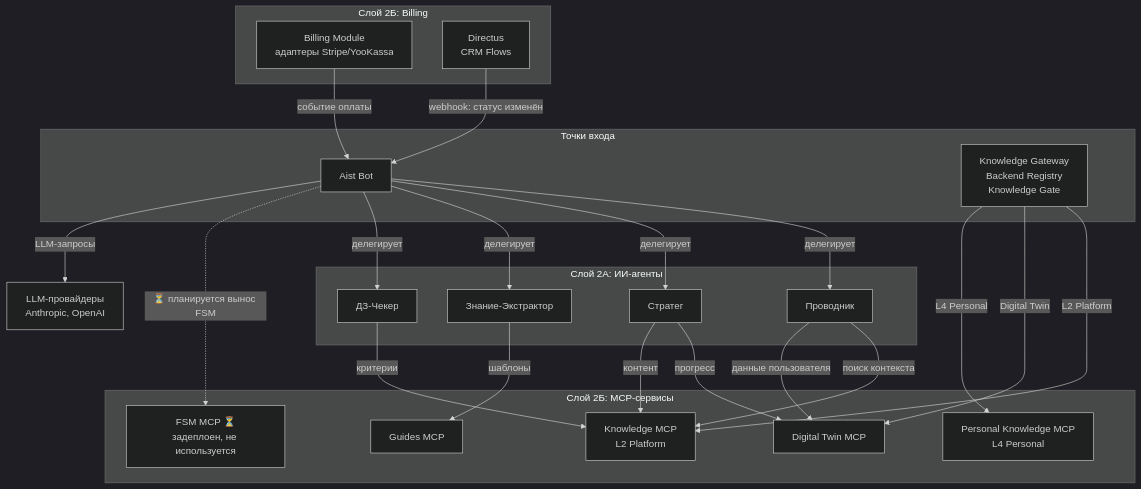
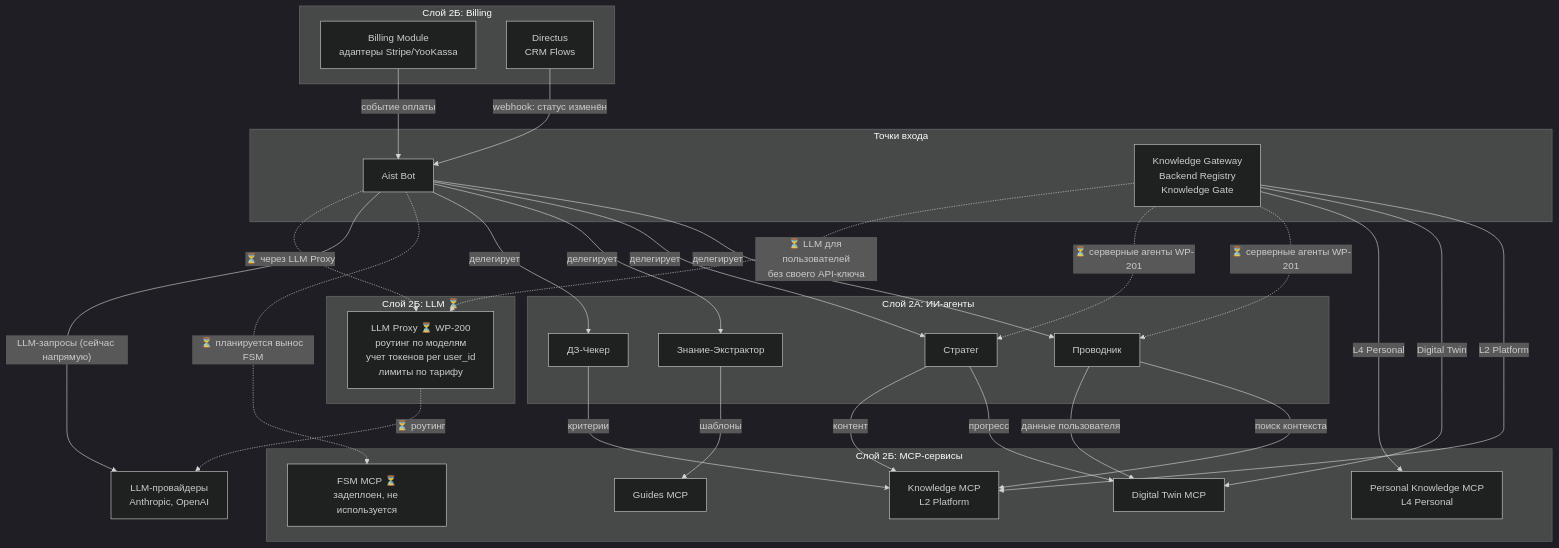
One commit to TserenTserenov/DS-ecosystem-development changed the fourth of 5 diagrams in C.IT-Platform/C2.IT-Platform/C2.2.Architecture/Stack-and-Infrastructure/c4-platform.md. Above: the diagram before and after it, drawn with Mermaid (dark theme). The commit also changed other lines of this file, not shown here.

First line of the commit message:
feat: WP-158 — LLM Proxy и серверные агенты пунктиром на C4

````diff
--- a/C.IT-Platform/C2.IT-Platform/C2.2.Architecture/Stack-and-Infrastructure/c4-platform.md
+++ b/C.IT-Platform/C2.IT-Platform/C2.2.Architecture/Stack-and-Infrastructure/c4-platform.md
@@ -174,51 +174,60 @@
 ```mermaid
 flowchart TB
     subgraph entry ["Точки входа"]
         bot["Aist Bot"]
         gateway["Knowledge Gateway\nBackend Registry\nKnowledge Gate"]
     end
 
     subgraph agents ["Слой 2А: ИИ-агенты"]
         guide["Проводник"]
         strategist["Стратег"]
         ke["Знание-Экстрактор"]
         checker["ДЗ-Чекер"]
     end
 
     subgraph mcp ["Слой 2Б: MCP-сервисы"]
         knowledge["Knowledge MCP\nL2 Platform"]
         guides["Guides MCP"]
         dt["Digital Twin MCP"]
         fsm["FSM MCP ⏳\nзадеплоен, не используется"]
         personal["Personal Knowledge MCP\nL4 Personal"]
     end
 
     subgraph billing_group ["Слой 2Б: Billing"]
         billing["Billing Module\nадаптеры Stripe/YooKassa"]
         directus["Directus\nCRM Flows"]
     end
 
+    subgraph llm_group ["Слой 2Б: LLM ⏳"]
+        llm_proxy["LLM Proxy ⏳ WP-200\nроутинг по моделям\nучет токенов per user_id\nлимиты по тарифу"]
+    end
+
     llm_providers["LLM-провайдеры\nAnthropic, OpenAI"]
 
     bot -- "делегирует" --> guide
     bot -- "делегирует" --> strategist
     bot -- "делегирует" --> ke
     bot -- "делегирует" --> checker
     bot -. "⏳ планируется вынос FSM" .-> fsm
 
     gateway -- "L2 Platform" --> knowledge
     gateway -- "Digital Twin" --> dt
     gateway -- "L4 Personal" --> personal
+    gateway -. "⏳ серверные агенты WP-201" .-> guide
+    gateway -. "⏳ серверные агенты WP-201" .-> strategist
 
     guide -- "поиск контекста" --> knowledge
     guide -- "данные пользователя" --> dt
     strategist -- "прогресс" --> dt
     strategist -- "контент" --> knowledge
     ke -- "шаблоны" --> guides
     checker -- "критерии" --> knowledge
 
-    bot -- "LLM-запросы" --> llm_providers
+    bot -- "LLM-запросы (сейчас напрямую)" --> llm_providers
+    bot -. "⏳ через LLM Proxy" .-> llm_proxy
+    gateway -. "⏳ LLM для пользователей\nбез своего API-ключа" .-> llm_proxy
+    llm_proxy -. "⏳ роутинг" .-> llm_providers
 
     directus -- "webhook: статус изменён" --> bot
     billing -- "событие оплаты" --> bot
 ```
````
